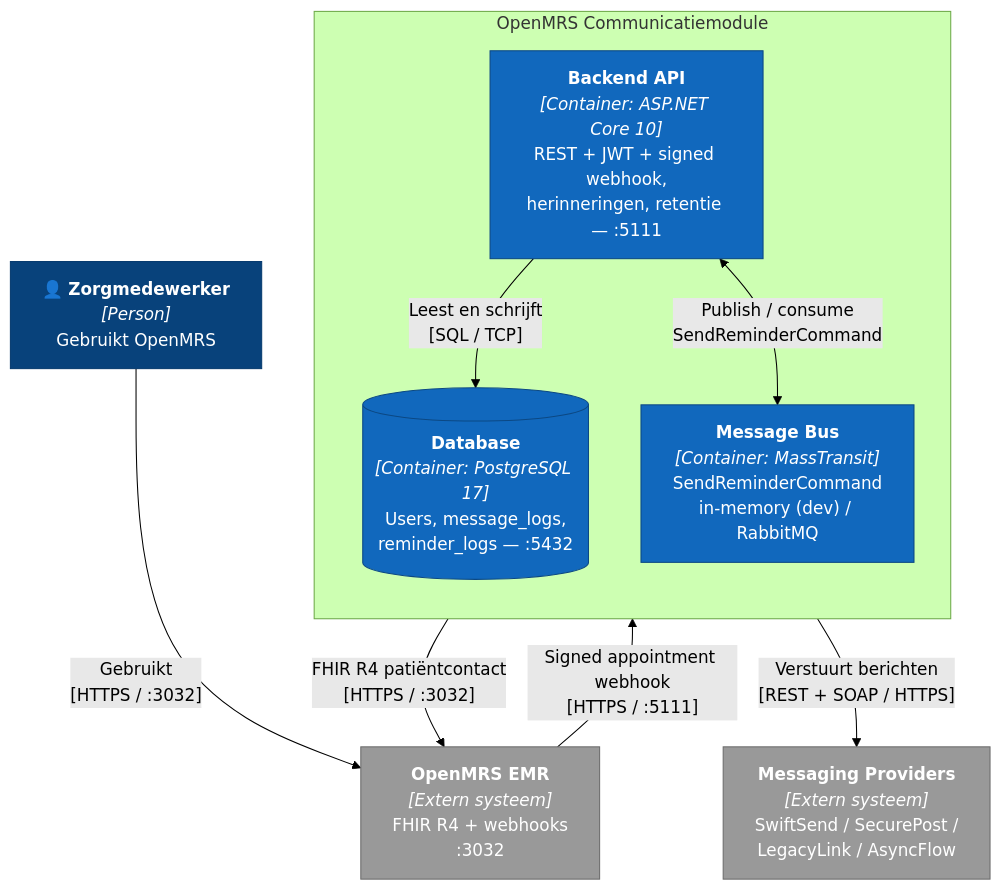
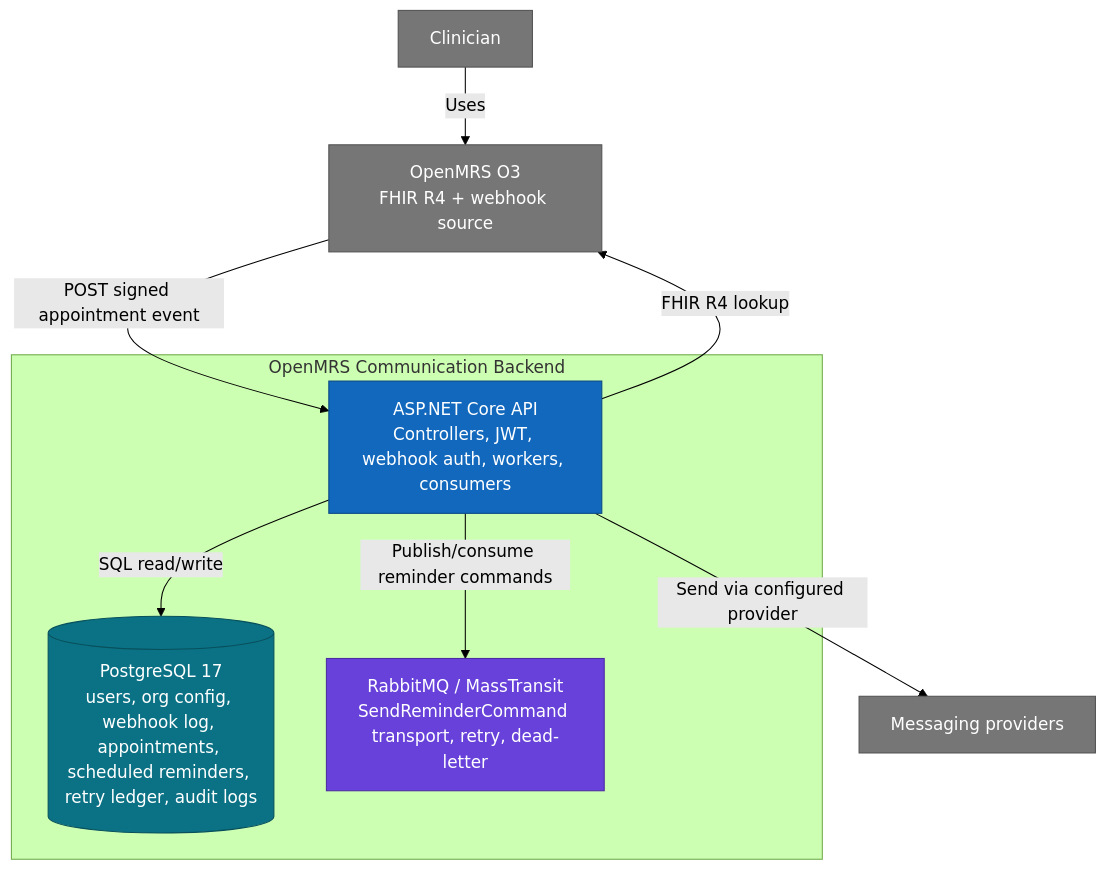
One commit to Rishyansyal/OpenMRSmoduleBackend changed the diagram in docs/c4/02-containers.md. Above: the diagram before and after it, drawn with Mermaid (forest theme). The commit also changed other lines of this file and 160 other files, not shown here.

````diff
--- a/docs/c4/02-containers.md
+++ b/docs/c4/02-containers.md
@@ -5,26 +5,24 @@
 ```mermaid
 flowchart TB
-    classDef person fill:#08427b,stroke:#073b6f,color:#fff
+    classDef ext fill:#767676,stroke:#525252,color:#fff
     classDef container fill:#1168bd,stroke:#0b4884,color:#fff
-    classDef db fill:#1168bd,stroke:#0b4884,color:#fff
-    classDef ext fill:#999999,stroke:#6b6b6b,color:#fff
+    classDef db fill:#0b7285,stroke:#07505c,color:#fff
+    classDef queue fill:#6741d9,stroke:#4c2ca3,color:#fff
 
-    zorg["👤 <b>Zorgmedewerker</b><br/><i>[Person]</i><br/>Gebruikt OpenMRS"]:::person
-    openmrs["<b>OpenMRS EMR</b><br/><i>[Extern systeem]</i><br/>FHIR R4 + webhooks<br/>:3032"]:::ext
-    providers["<b>Messaging Providers</b><br/><i>[Extern systeem]</i><br/>SwiftSend / SecurePost /<br/>LegacyLink / AsyncFlow"]:::ext
+    clinician["Clinician"]:::ext
+    openmrs["OpenMRS O3<br/>FHIR R4 + webhook source"]:::ext
+    providers["Messaging providers"]:::ext
 
-    subgraph module["OpenMRS Communicatiemodule"]
-        direction TB
-        api["<b>Backend API</b><br/><i>[Container: ASP.NET Core 10]</i><br/>REST + JWT + signed webhook,<br/>herinneringen, retentie — :5111"]:::container
-        db[("<b>Database</b><br/><i>[Container: PostgreSQL 17]</i><br/>Users, message_logs,<br/>reminder_logs — :5432")]:::db
-        bus["<b>Message Bus</b><br/><i>[Container: MassTransit]</i><br/>SendReminderCommand<br/>in-memory (dev) / RabbitMQ"]:::container
-
-        api -->|"Leest en schrijft<br/>[SQL / TCP]"| db
-        api <-->|"Publish / consume<br/>SendReminderCommand"| bus
+    subgraph backend["OpenMRS Communication Backend"]
+        api["ASP.NET Core API<br/>Controllers, JWT, webhook auth, workers, consumers"]:::container
+        pg[("PostgreSQL 17<br/>users, org config, webhook log, appointments, scheduled reminders, retry ledger, audit logs")]:::db
+        rabbit["RabbitMQ / MassTransit<br/>SendReminderCommand transport, retry, dead-letter"]:::queue
     end
 
-    zorg -->|"Gebruikt<br/>[HTTPS / :3032]"| openmrs
-    openmrs -->|"Signed appointment webhook<br/>[HTTPS / :5111]"| api
-    api -->|"FHIR R4 patiëntcontact<br/>[HTTPS / :3032]"| openmrs
-    api -->|"Verstuurt berichten<br/>[REST + SOAP / HTTPS]"| providers
+    clinician -->|"Uses"| openmrs
+    openmrs -->|"POST signed appointment event"| api
+    api -->|"FHIR R4 lookup"| openmrs
+    api -->|"SQL read/write"| pg
+    api -->|"Publish/consume reminder commands"| rabbit
+    api -->|"Send via configured provider"| providers
 ```
````
